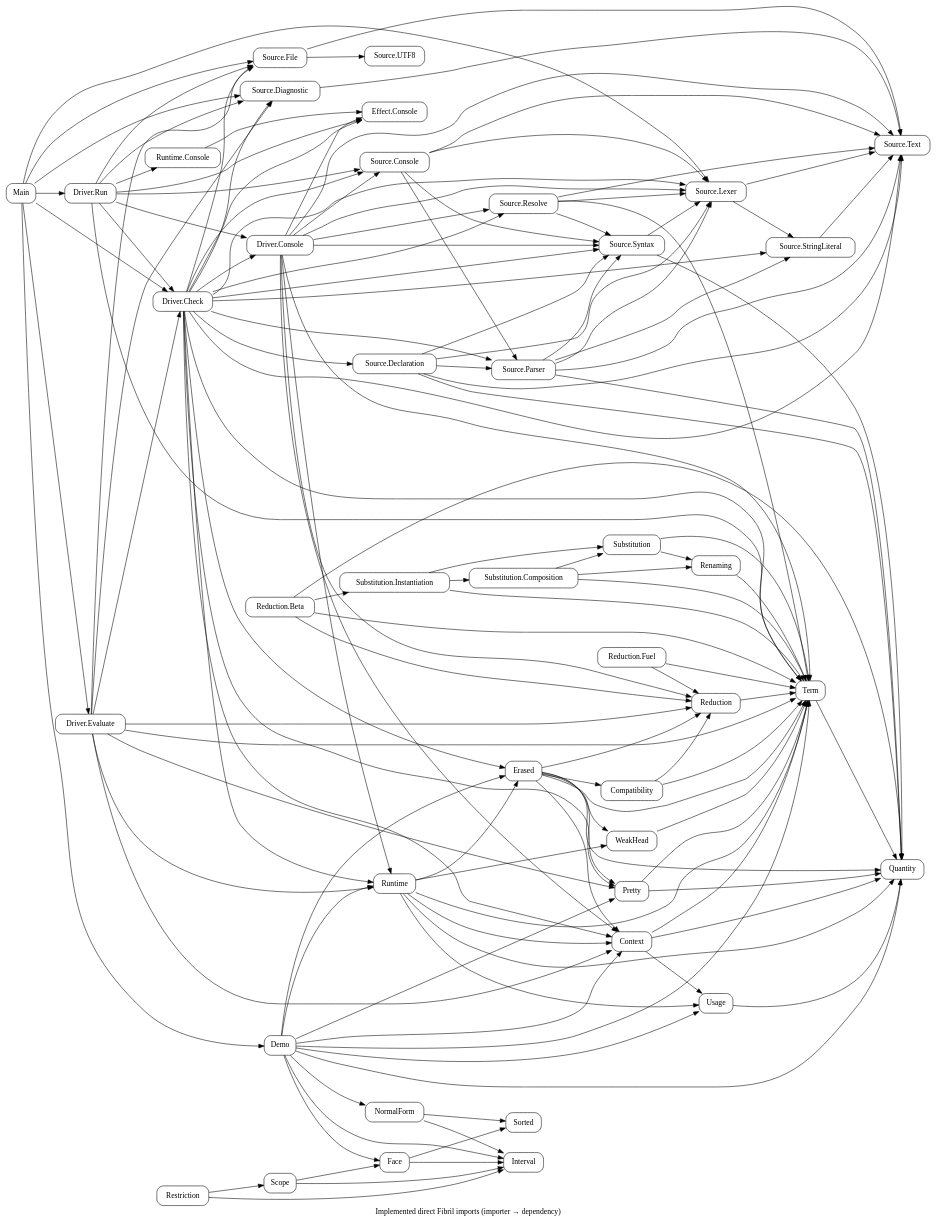
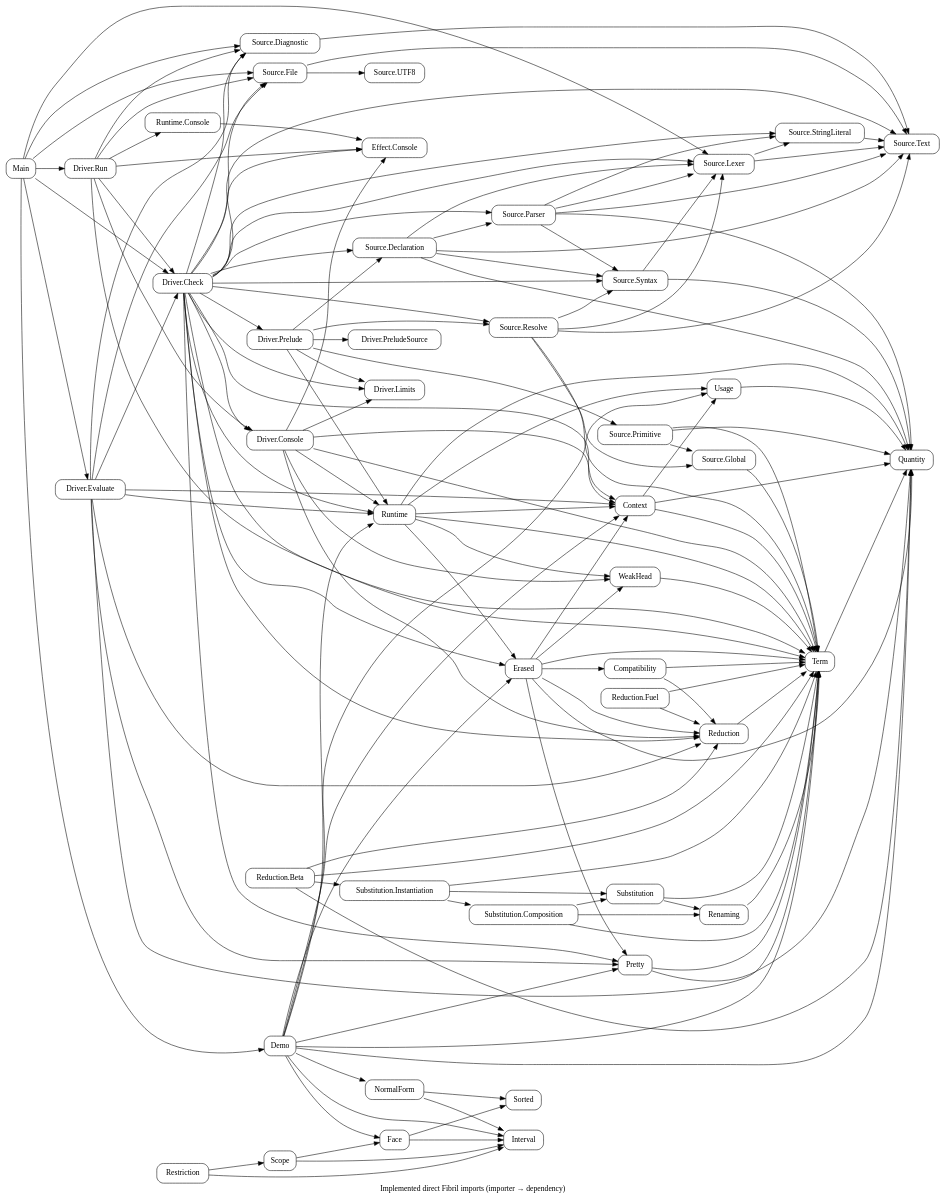
Before and after one commit to odunboye/fibril: the diagram in docs/diagrams/modules.dot, drawn with Graphviz. The commit also changed 60 other files, not shown here.

Commit message:
Replace console parser shortcut with checked Fibril IO library functions

```diff
--- a/docs/diagrams/modules.dot
+++ b/docs/diagrams/modules.dot
@@ -1,37 +1,40 @@
 digraph Modules {
 rankdir=LR; node [shape=box,style=rounded];
 "Source.File" -> {"Source.UTF8" "Source.Text"};
 Main -> {"Source.File" "Source.Lexer" "Source.Diagnostic"};
 "Source.Diagnostic" -> "Source.Text";
 "Source.Declaration" -> {Quantity "Source.Text" "Source.Lexer" "Source.Syntax" "Source.Parser"};
 "Source.Lexer" -> {"Source.Text" "Source.StringLiteral"};
 "Source.StringLiteral" -> "Source.Text";
-"Source.Console" -> {"Source.Syntax" "Source.Text" "Source.Lexer" "Source.Parser"};
-"Driver.Console" -> {Context Term Runtime Reduction "Effect.Console" "Source.Syntax" "Source.Lexer" "Source.Text" "Source.Resolve" "Source.Console"};
+"Driver.Console" -> {Context Term Runtime Reduction WeakHead "Effect.Console" "Driver.Limits"};
 "Runtime.Console" -> "Effect.Console";
-"Driver.Run" -> {Term "Source.File" "Source.Console" "Source.Diagnostic" "Effect.Console" "Runtime.Console" "Driver.Check" "Driver.Console"};
+"Driver.Run" -> {Term "Source.File" "Source.Diagnostic" "Effect.Console" "Runtime.Console" "Driver.Check" "Driver.Console"};
 "Source.Syntax" -> {Quantity "Source.Lexer"};
 "Source.Parser" -> {Quantity "Source.Text" "Source.Lexer" "Source.Syntax" "Source.StringLiteral"};
-"Source.Resolve" -> {Term "Source.Text" "Source.Lexer" "Source.Syntax"};
-"Driver.Check" -> {"Source.Text" "Source.Lexer" "Source.Syntax" "Source.Parser" "Source.Declaration" "Source.Console" "Source.StringLiteral" "Source.Resolve" "Source.File" "Source.Diagnostic" Term Context Pretty Erased Runtime "Driver.Console" "Effect.Console"};
+"Source.Resolve" -> {Term "Source.Text" "Source.Lexer" "Source.Syntax" "Source.Global"};
+"Driver.Check" -> {"Source.Text" "Source.Lexer" "Source.Syntax" "Source.Parser" "Source.Declaration" "Source.StringLiteral" "Source.Resolve" "Source.File" "Source.Diagnostic" Term Context Pretty Erased Runtime "Driver.Console" "Effect.Console"};
+"Driver.Prelude" -> {Runtime "Source.Declaration" "Source.Resolve" "Source.Primitive" "Driver.PreludeSource" "Driver.Limits"};
+"Source.Primitive" -> {"Source.Global" Term Quantity};
+"Source.Global" -> Term;
+"Driver.Check" -> {"Driver.Prelude" "Driver.Limits" Reduction};
 Main -> {"Driver.Check" "Driver.Evaluate" "Driver.Run"};
 "Driver.Evaluate" -> {Context Term Pretty Reduction Runtime "Source.File" "Source.Diagnostic" "Driver.Check"};
 Quantity; Interval; NormalForm; Face; Scope; Restriction; Term;
 NormalForm -> {Interval Sorted}; Face -> {Interval Sorted};
 Scope -> {Interval Face}; Restriction -> {Interval Scope};
 Demo -> {Quantity Term Context Usage Pretty Erased Runtime Interval NormalForm Face};
 Main -> Demo;
 Pretty -> {Quantity Term};
 Term -> Quantity; Usage -> Quantity; Context -> {Quantity Term Usage};
 Reduction -> Term; WeakHead -> Term;
 Compatibility -> {Term Reduction};
 Renaming -> Term;
 Substitution -> {Term Renaming};
 "Substitution.Composition" -> {Term Renaming Substitution};
 "Substitution.Instantiation" -> {Term Substitution "Substitution.Composition"};
 "Reduction.Beta" -> {Quantity Term Reduction "Substitution.Instantiation"};
 "Reduction.Fuel" -> {Term Reduction};
 Erased -> {Quantity Term Pretty Context Compatibility WeakHead Reduction};
 Runtime -> {Quantity Term Context Usage WeakHead Erased};
 label="Implemented direct Fibril imports (importer → dependency)";
 }
```
